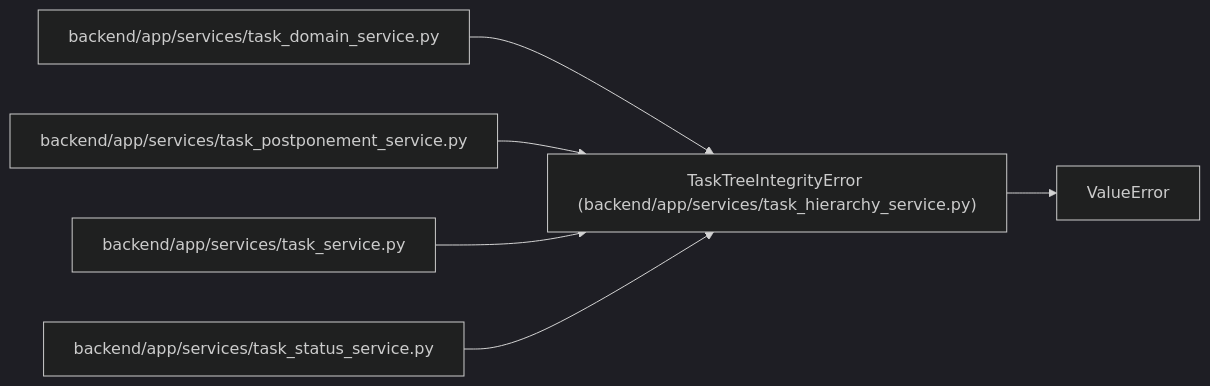
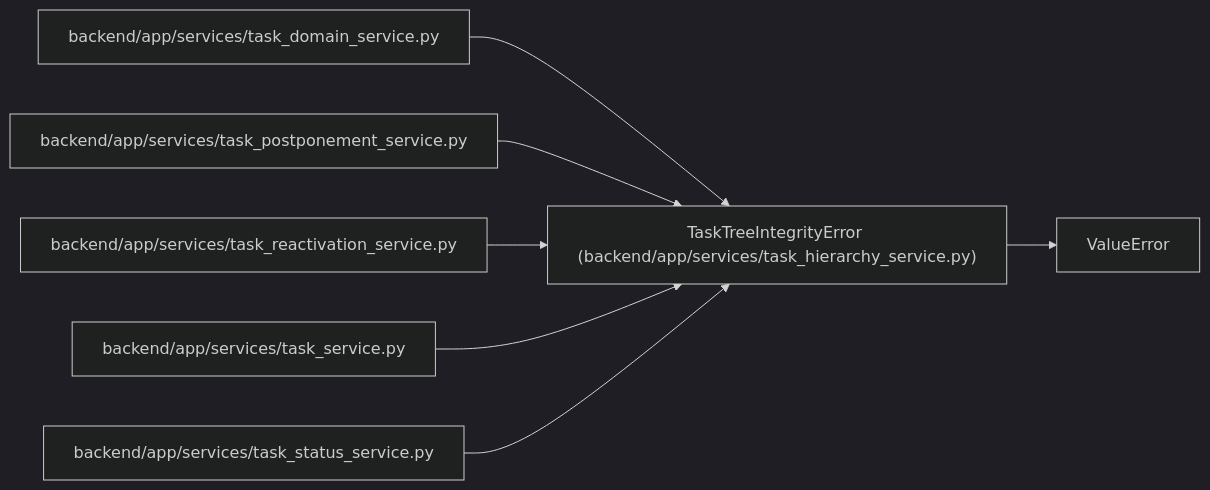
The diagram in docs/llm_wiki/entities/TaskTreeIntegrityError.md (Denissvgn/WorkChord), drawn with Mermaid (dark theme) before and after one commit. The commit also changed other lines of this file and 873 other files, not shown here.

Commit message:
Sync the architectural wiki for automatic reactivation of postponed tasks

````diff
--- a/docs/llm_wiki/entities/TaskTreeIntegrityError.md
+++ b/docs/llm_wiki/entities/TaskTreeIntegrityError.md
@@ -23,19 +23,22 @@
 ```mermaid
 flowchart LR
     n0["TaskTreeIntegrityError (backend/app/services/task_hierarchy_service.py)"]
     n1["ValueError"]
     n2["backend/app/services/task_domain_service.py"]
     n3["backend/app/services/task_postponement_service.py"]
-    n4["backend/app/services/task_service.py"]
-    n5["backend/app/services/task_status_service.py"]
+    n4["backend/app/services/task_reactivation_service.py"]
+    n5["backend/app/services/task_service.py"]
+    n6["backend/app/services/task_status_service.py"]
     n0 --> n1
     n2 --> n0
     n3 --> n0
     n4 --> n0
     n5 --> n0
+    n6 --> n0
     click n0 "../modules/task_hierarchy_service.md"
     click n2 "../modules/task_domain_service.md"
     click n3 "../modules/task_postponement_service.md"
-    click n4 "../modules/task_service.md"
-    click n5 "../modules/task_status_service.md"
+    click n4 "../modules/task_reactivation_service.md"
+    click n5 "../modules/task_service.md"
+    click n6 "../modules/task_status_service.md"
 ```
````
